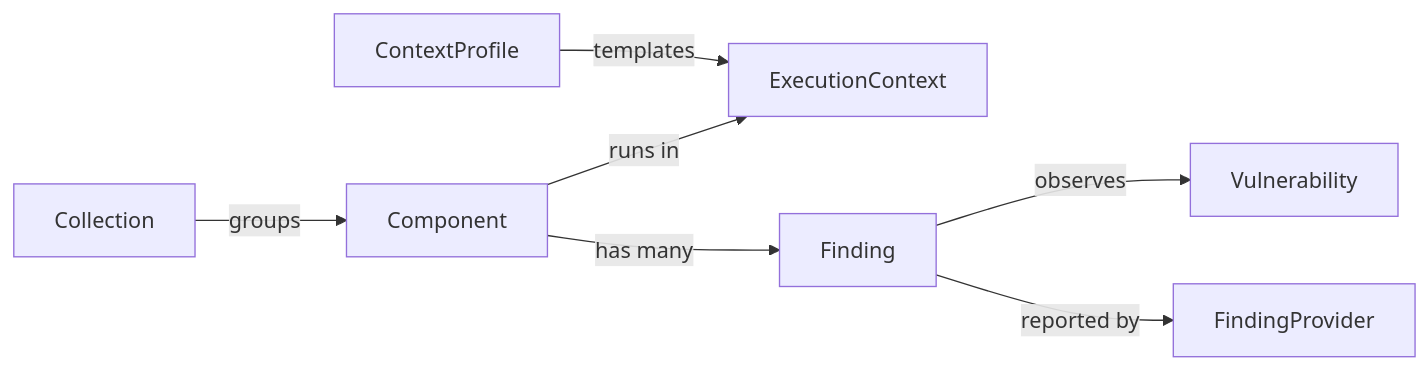
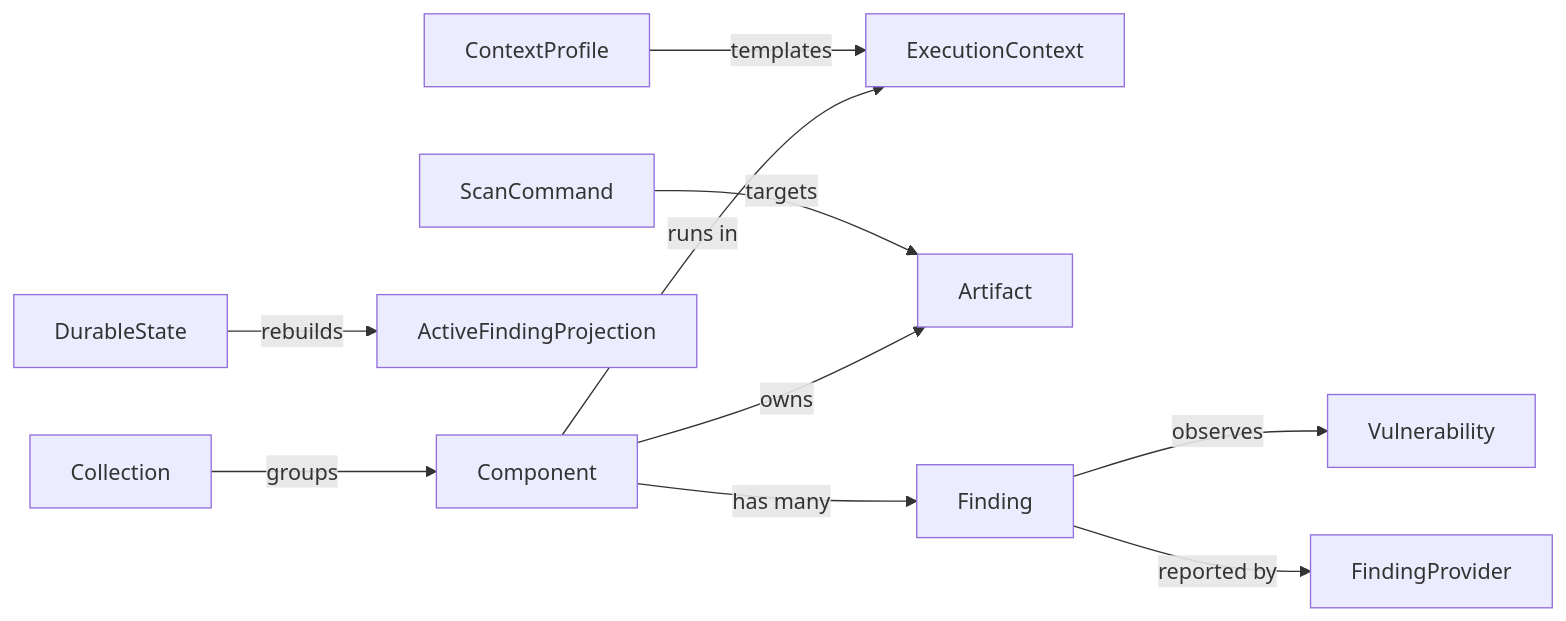
One commit to AdriRRP/venom changed the diagram in docs/ubiquitous-language.md. Above: the diagram before and after it, drawn with Mermaid. The commit also changed other lines of this file and 55 other files, not shown here.

````diff
--- a/docs/ubiquitous-language.md
+++ b/docs/ubiquitous-language.md
@@ -15,9 +15,12 @@
 ```mermaid
 flowchart LR
     Collection -->|groups| Component
     Component -->|runs in| ExecutionContext
+    Component -->|owns| Artifact
     ContextProfile -->|templates| ExecutionContext
     Component -->|has many| Finding
     Finding -->|observes| Vulnerability
+    DurableState -->|rebuilds| ActiveFindingProjection
+    ScanCommand -->|targets| Artifact
     Finding -->|reported by| FindingProvider
 ```
````
